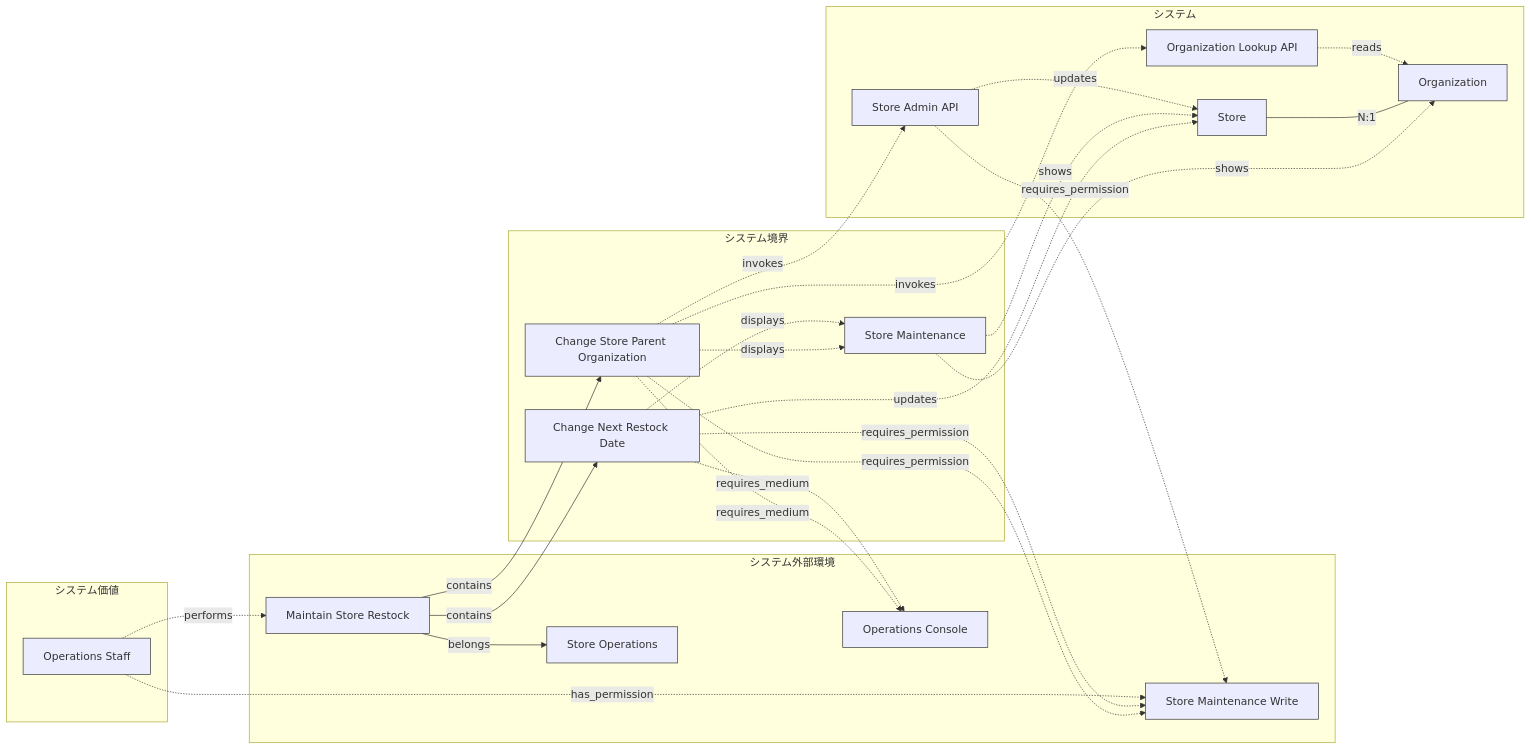
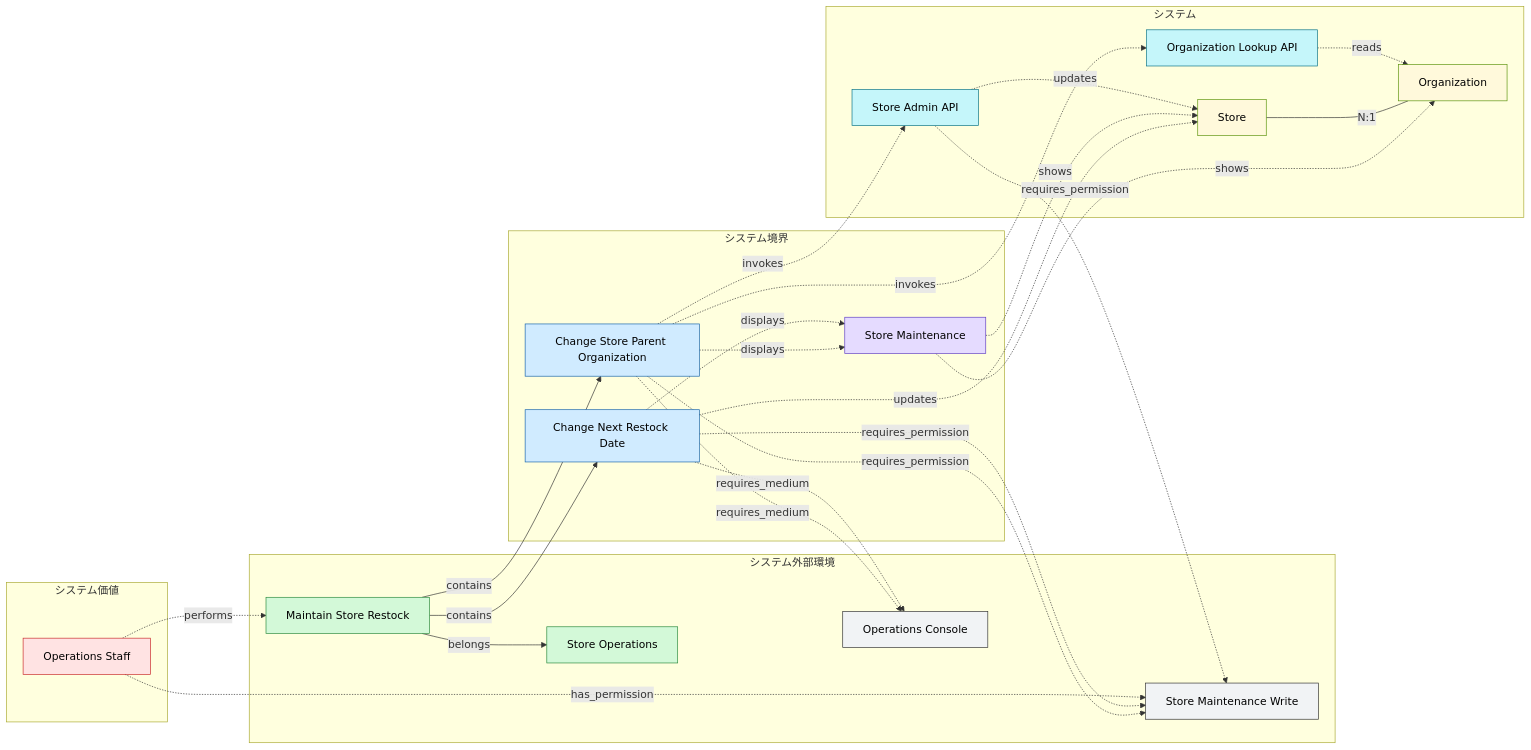
One commit to manji-0/rdra-ish-dsl changed the first of 2 diagrams in samples/incremental-order/step-4-entity-structure/design.md. Above: the diagram before and after it, drawn with Mermaid. The commit also changed 76 other files, not shown here.

First line of the commit message:
feat(cli): colour each RDRA element family in the flowchart diagrams

````diff
--- a/samples/incremental-order/step-4-entity-structure/design.md
+++ b/samples/incremental-order/step-4-entity-structure/design.md
@@ -50,58 +50,58 @@
 ```mermaid
 %% rdra-ish diagram=rdra scope=buc:BucStoreRestock model=samples/incremental-order/step-4-entity-structure/src
 %% layers: value=システム価値 environment=システム外部環境 boundary=システム境界 system=システム
 %% kinds: actor business buc medium permission usecase screen api entity
 %% omitted: (none)
 flowchart LR
   subgraph layer_value["システム価値"]
     actor__OpsStaff["Operations Staff"]:::actor
   end
   subgraph layer_environment["システム外部環境"]
     business__StoreOperations["Store Operations"]:::business
     %% desc business__StoreOperations: Store operations owns restock planning and store master maintenance.
     buc__BucStoreRestock["Maintain Store Restock"]:::buc
     %% desc buc__BucStoreRestock: Keep restock dates and store organization assignments operationally correct.
     medium__OpsConsole["Operations Console"]:::medium
     permission__StoreMaintenanceWrite["Store Maintenance Write"]:::permission
   end
   subgraph layer_boundary["システム境界"]
     usecase__ChangeNextRestockDate["Change Next Restock Date"]:::usecase
     usecase__ChangeStoreParentOrganization["Change Store Parent Organization"]:::usecase
     screen__StoreMaintenanceScreen["Store Maintenance"]:::screen
   end
   subgraph layer_system["システム"]
     api__OrganizationLookupApi["Organization Lookup API"]:::api
     api__StoreAdminApi["Store Admin API"]:::api
     entity__Organization["Organization"]:::entity
     entity__Store["Store"]:::entity
   end
   actor__OpsStaff -.->|has_permission| permission__StoreMaintenanceWrite
   actor__OpsStaff -.->|performs| buc__BucStoreRestock
   api__OrganizationLookupApi -.->|reads| entity__Organization
   api__StoreAdminApi -.->|requires_permission| permission__StoreMaintenanceWrite
   api__StoreAdminApi -.->|updates| entity__Store
   buc__BucStoreRestock -->|belongs| business__StoreOperations
   buc__BucStoreRestock -->|contains| usecase__ChangeNextRestockDate
   buc__BucStoreRestock -->|contains| usecase__ChangeStoreParentOrganization
   entity__Store ---|N:1| entity__Organization
   screen__StoreMaintenanceScreen -.->|shows| entity__Organization
   screen__StoreMaintenanceScreen -.->|shows| entity__Store
   usecase__ChangeNextRestockDate -.->|displays| screen__StoreMaintenanceScreen
   usecase__ChangeNextRestockDate -.->|requires_medium| medium__OpsConsole
   usecase__ChangeNextRestockDate -.->|requires_permission| permission__StoreMaintenanceWrite
   usecase__ChangeNextRestockDate -.->|updates| entity__Store
   usecase__ChangeStoreParentOrganization -.->|displays| screen__StoreMaintenanceScreen
   usecase__ChangeStoreParentOrganization -.->|invokes| api__OrganizationLookupApi
   usecase__ChangeStoreParentOrganization -.->|invokes| api__StoreAdminApi
   usecase__ChangeStoreParentOrganization -.->|requires_medium| medium__OpsConsole
   usecase__ChangeStoreParentOrganization -.->|requires_permission| permission__StoreMaintenanceWrite
-  classDef actor stroke:#333;
-  classDef business stroke:#333;
-  classDef buc stroke:#333;
-  classDef medium stroke:#333;
-  classDef permission stroke:#333;
-  classDef usecase stroke:#333;
-  classDef screen stroke:#333;
-  classDef api stroke:#333;
-  classDef entity stroke:#333;
+  classDef actor fill:#ffe3e3,stroke:#c92a2a,color:#000;
+  classDef business fill:#d3f9d8,stroke:#2b8a3e,color:#000;
+  classDef buc fill:#d3f9d8,stroke:#2b8a3e,color:#000;
+  classDef medium fill:#f1f3f5,stroke:#333,color:#000;
+  classDef permission fill:#f1f3f5,stroke:#333,color:#000;
+  classDef usecase fill:#d0ebff,stroke:#1864ab,color:#000;
+  classDef screen fill:#e5dbff,stroke:#5f3dc4,color:#000;
+  classDef api fill:#c5f6fa,stroke:#0b7285,color:#000;
+  classDef entity fill:#fff9db,stroke:#5c940d,color:#000;
 ```
````
